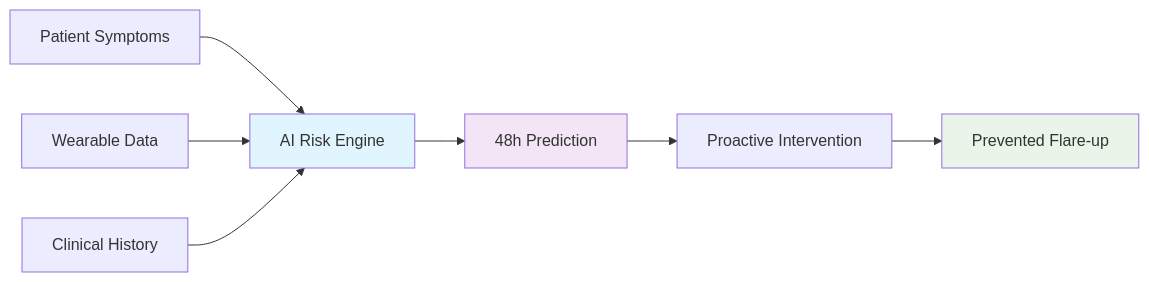
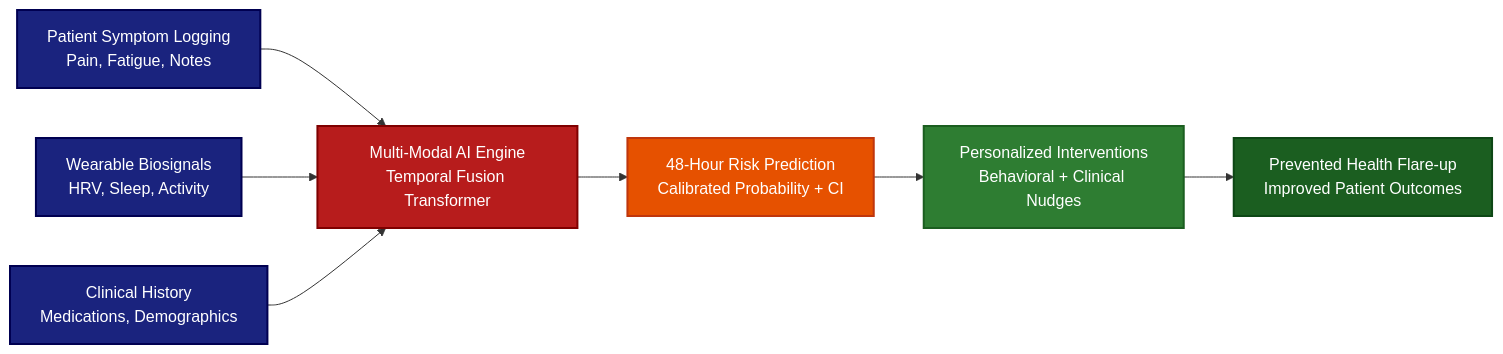
The first of 2 diagrams in README.md (PriscillaOng12/Aegis), drawn with Mermaid before and after one commit. The commit also changed other lines of this file, not shown here.

````diff
--- a/README.md
+++ b/README.md
@@ -25,13 +48,17 @@
 ```mermaid
 graph LR
-    A[Patient Symptoms] --> B[AI Risk Engine]
-    C[Wearable Data] --> B
-    D[Clinical History] --> B
-    B --> E[48h Prediction]
-    E --> F[Proactive Intervention]
-    F --> G[Prevented Flare-up]
+    A[Patient Symptom Logging<br/>Pain, Fatigue, Notes] --> B[Multi-Modal AI Engine<br/>Temporal Fusion Transformer]
+    C[Wearable Biosignals<br/>HRV, Sleep, Activity] --> B
+    D[Clinical History<br/>Medications, Demographics] --> B
+    B --> E[48-Hour Risk Prediction<br/>Calibrated Probability + CI]
+    E --> F[Personalized Interventions<br/>Behavioral + Clinical Nudges]
+    F --> G[Prevented Health Flare-up<br/>Improved Patient Outcomes]
     
-    style B fill:#e1f5fe
-    style E fill:#f3e5f5
-    style G fill:#e8f5e8
+    style A fill:#1a237e,stroke:#000051,stroke-width:2px,color:#ffffff
+    style B fill:#b71c1c,stroke:#7f0000,stroke-width:2px,color:#ffffff
+    style C fill:#1a237e,stroke:#000051,stroke-width:2px,color:#ffffff
+    style D fill:#1a237e,stroke:#000051,stroke-width:2px,color:#ffffff
+    style E fill:#e65100,stroke:#bf360c,stroke-width:2px,color:#ffffff
+    style F fill:#2e7d32,stroke:#1b5e20,stroke-width:2px,color:#ffffff
+    style G fill:#1b5e20,stroke:#0d4715,stroke-width:2px,color:#ffffff
 ```
````
